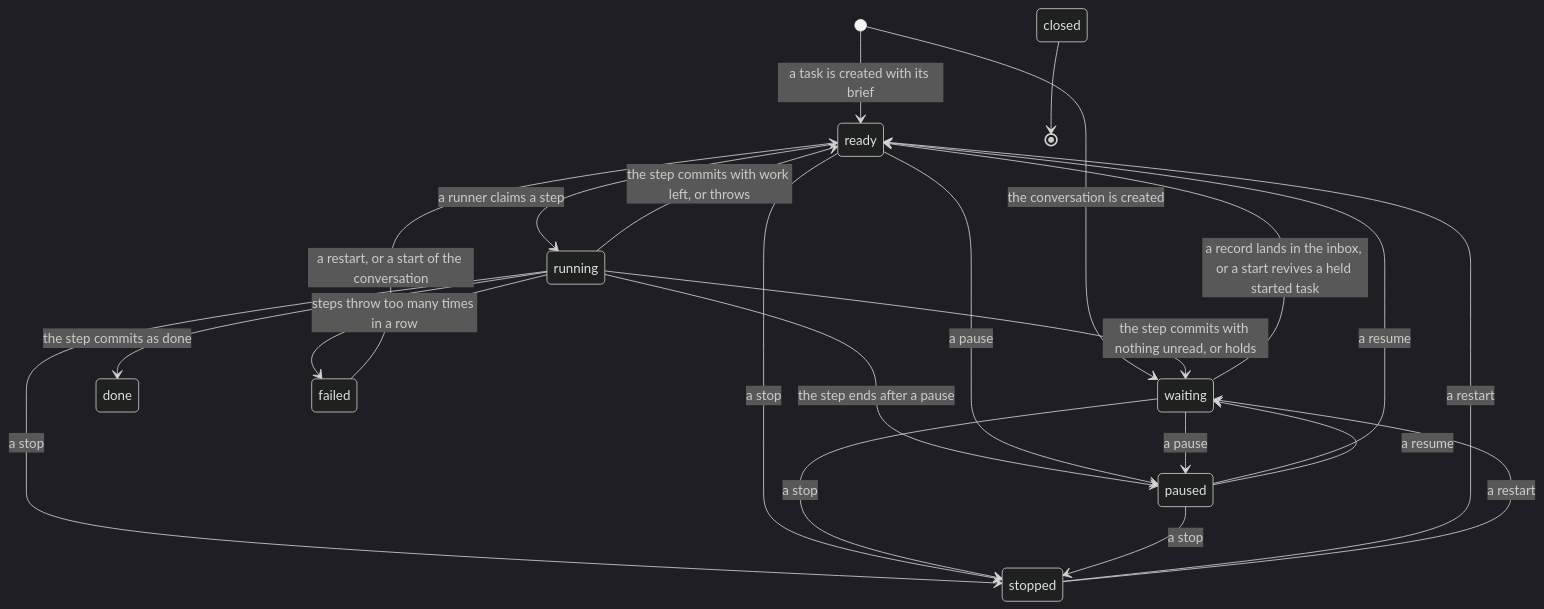
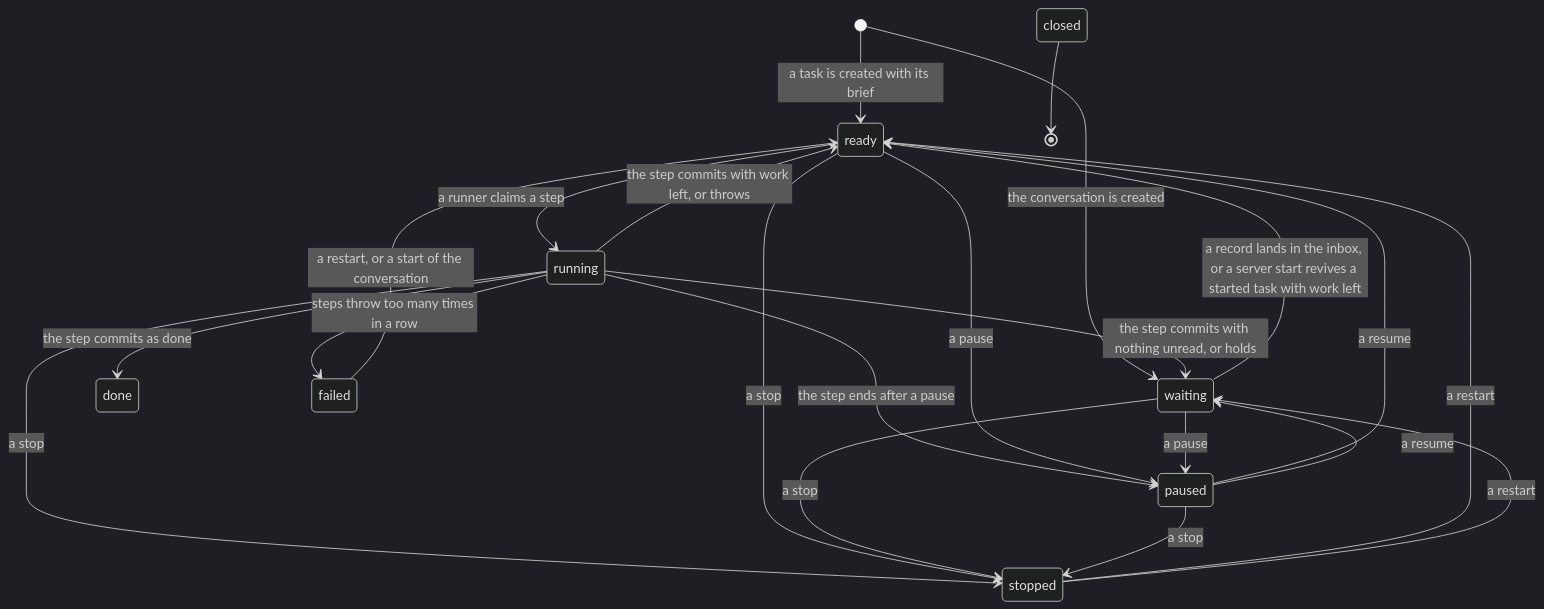
One commit to zgeoff/nixie changed the diagram in docs/architecture/core/tasks.md. Above: the diagram before and after it, drawn with Mermaid (dark theme). The commit also changed other lines of this file and 2 other files, not shown here.

Commit message:
docs: redraft the started task sections after a cold read

````diff
--- a/docs/architecture/core/tasks.md
+++ b/docs/architecture/core/tasks.md
@@ -16,24 +16,24 @@
 ```mermaid
 stateDiagram-v2
   [*] --> ready: a task is created with its brief
   [*] --> waiting: the conversation is created
   ready --> running: a runner claims a step
   running --> ready: the step commits with work left, or throws
   running --> waiting: the step commits with nothing unread, or holds
   running --> done: the step commits as done
   running --> failed: steps throw too many times in a row
   failed --> ready: a restart, or a start of the conversation
-  waiting --> ready: a record lands in the inbox, or a start revives a held started task
+  waiting --> ready: a record lands in the inbox, or a server start revives a started task with work left
   running --> paused: the step ends after a pause
   ready --> paused: a pause
   waiting --> paused: a pause
   paused --> ready: a resume
   paused --> waiting: a resume
   running --> stopped: a stop
   ready --> stopped: a stop
   waiting --> stopped: a stop
   paused --> stopped: a stop
   stopped --> ready: a restart
   stopped --> waiting: a restart
   closed --> [*]
 ```
````
